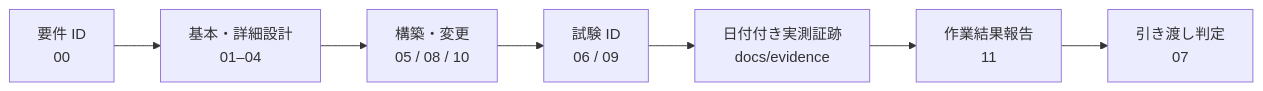
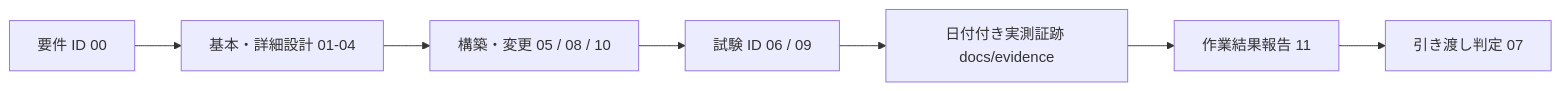
Before and after one commit to ns7jp/server: the diagram in docs/build-package/README.md, drawn with Mermaid. The commit also changed 8 other files, not shown here.

Commit message:
Fix Mermaid diagrams on GitHub

````diff
--- a/docs/build-package/README.md
+++ b/docs/build-package/README.md
@@ -9,16 +9,9 @@
 ```mermaid
 flowchart LR
-    R["`要件 ID
-    00`"] --> D["`基本・詳細設計
-    01–04`"]
-    D --> B["`構築・変更
-    05 / 08 / 10`"]
-    B --> T["`試験 ID
-    06 / 09`"]
-    T --> E["`日付付き実測証跡
-    docs/evidence`"]
-    E --> W["`作業結果報告
-    11`"]
-    W --> H["`引き渡し判定
-    07`"]
+    R["要件 ID 00"] --> D["基本・詳細設計 01-04"]
+    D --> B["構築・変更 05 / 08 / 10"]
+    B --> T["試験 ID 06 / 09"]
+    T --> E["日付付き実測証跡 docs/evidence"]
+    E --> W["作業結果報告 11"]
+    W --> H["引き渡し判定 07"]
 ```
````
